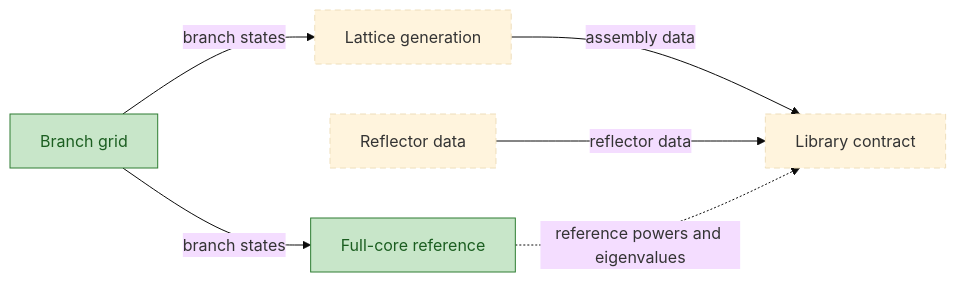
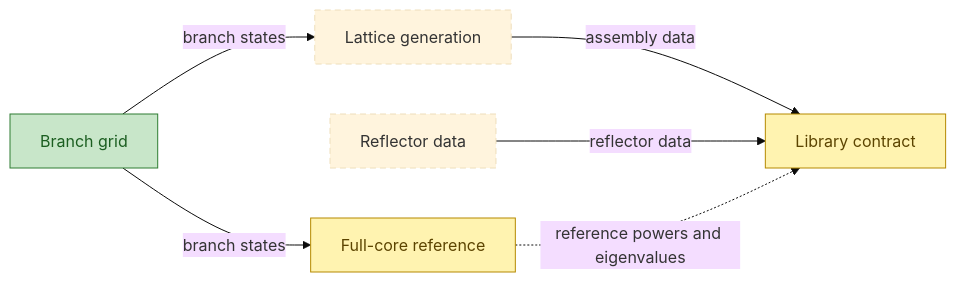
One commit to aurja130/URUS changed the fourth of 15 diagrams in Planning/DBC/CONCEPTS.md. Above: the diagram before and after it, drawn with Mermaid (base theme). The commit also changed other lines of this file and 4 other files, not shown here.

First line of the commit message:
Start 1.2: freeze the nodal library contract

````diff
--- a/Planning/DBC/CONCEPTS.md
+++ b/Planning/DBC/CONCEPTS.md
@@ -101,14 +103,15 @@
 ```mermaid
 flowchart LR
 classDef implemented fill:#c8e6c9,stroke:#2e7d32,color:#1b5e20
 classDef partial fill:#fff3b0,stroke:#b58900,color:#5c4400
 classDef planned stroke-dasharray:6 4
 classDef external fill:#eeeeee,stroke:#9e9e9e,stroke-dasharray:1 3,color:#616161
 BranchGrid["Branch grid"] -->|branch states| LatticeGeneration["Lattice generation"]
 BranchGrid -->|branch states| FullCoreReference["Full-core reference"]
 LatticeGeneration -->|assembly data| LibraryContract["Library contract"]
 ReflectorData["Reflector data"] -->|reflector data| LibraryContract
 FullCoreReference -.->|reference powers and eigenvalues| LibraryContract
-class BranchGrid,FullCoreReference implemented
-class LatticeGeneration,ReflectorData,LibraryContract planned
+class BranchGrid implemented
+class FullCoreReference,LibraryContract partial
+class LatticeGeneration,ReflectorData planned
 ```
````
